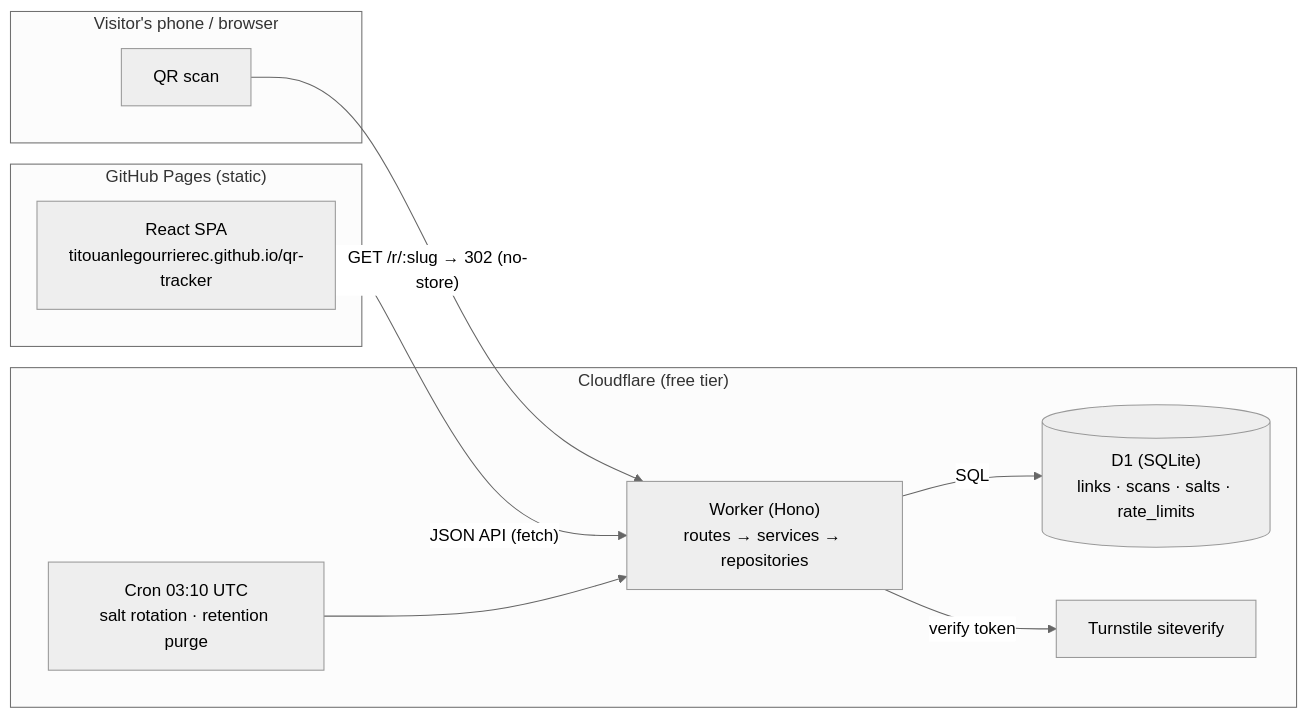
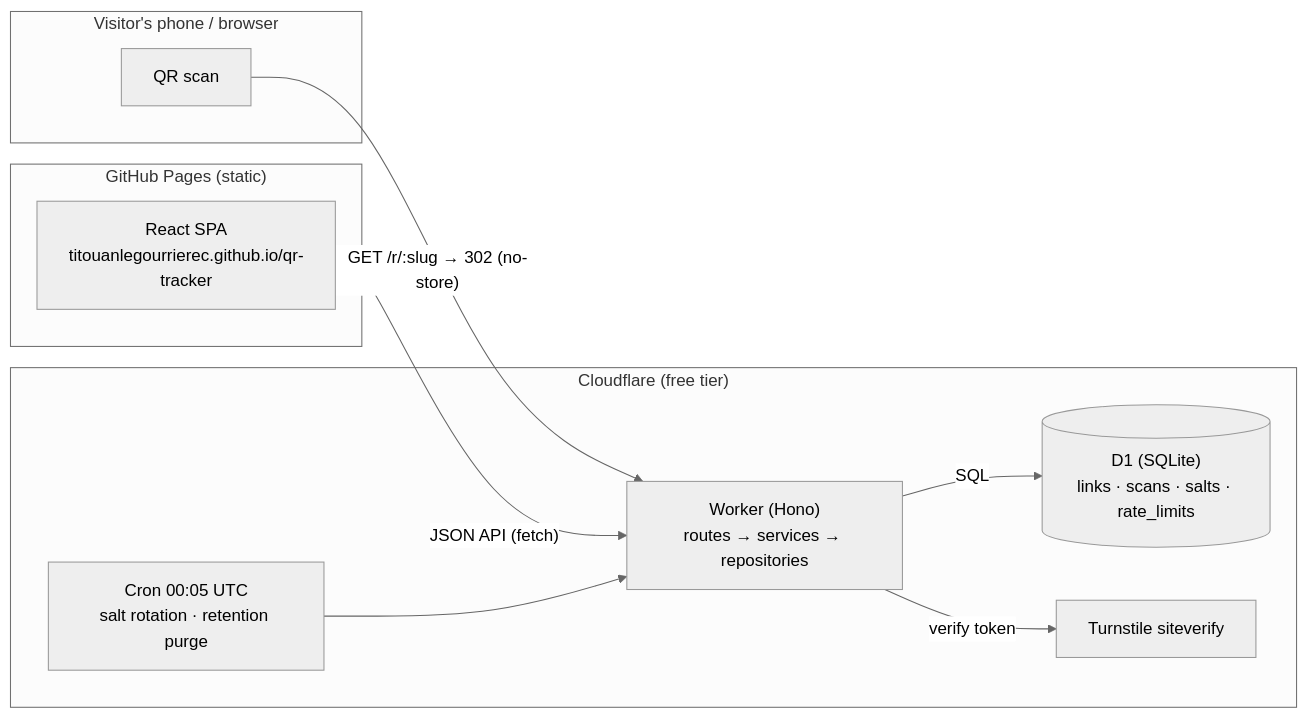
Before and after one commit to titouanlegourrierec/qr-tracker: the diagram in docs/ARCHITECTURE.md, drawn with Mermaid (neutral theme). The commit also changed 5 other files, not shown here.

````diff
--- a/docs/ARCHITECTURE.md
+++ b/docs/ARCHITECTURE.md
@@ -8,20 +8,20 @@
 ```mermaid
 flowchart LR
     subgraph Browser["Visitor's phone / browser"]
         SCAN["QR scan"]
     end
     subgraph Pages["GitHub Pages (static)"]
         SPA["React SPA<br>titouanlegourrierec.github.io/qr-tracker"]
     end
     subgraph CF["Cloudflare (free tier)"]
         W["Worker (Hono)<br>routes → services → repositories"]
         D1[("D1 (SQLite)<br>links · scans · salts · rate_limits")]
-        CRON["Cron 03:10 UTC<br>salt rotation · retention purge"]
+        CRON["Cron 00:05 UTC<br>salt rotation · retention purge"]
         TS["Turnstile siteverify"]
     end
     SCAN -- "GET /r/:slug → 302 (no-store)" --> W
     SPA -- "JSON API (fetch)" --> W
     W -- SQL --> D1
     CRON --> W
     W -- "verify token" --> TS
 ```
````
